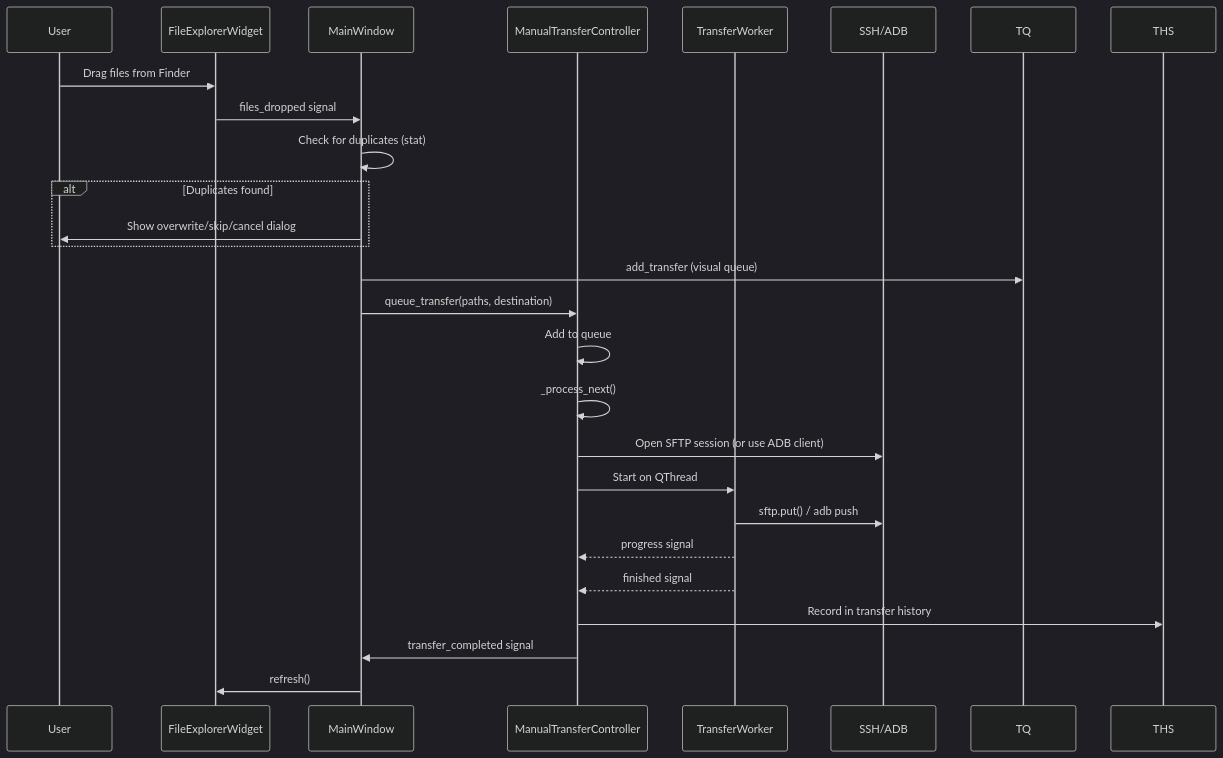
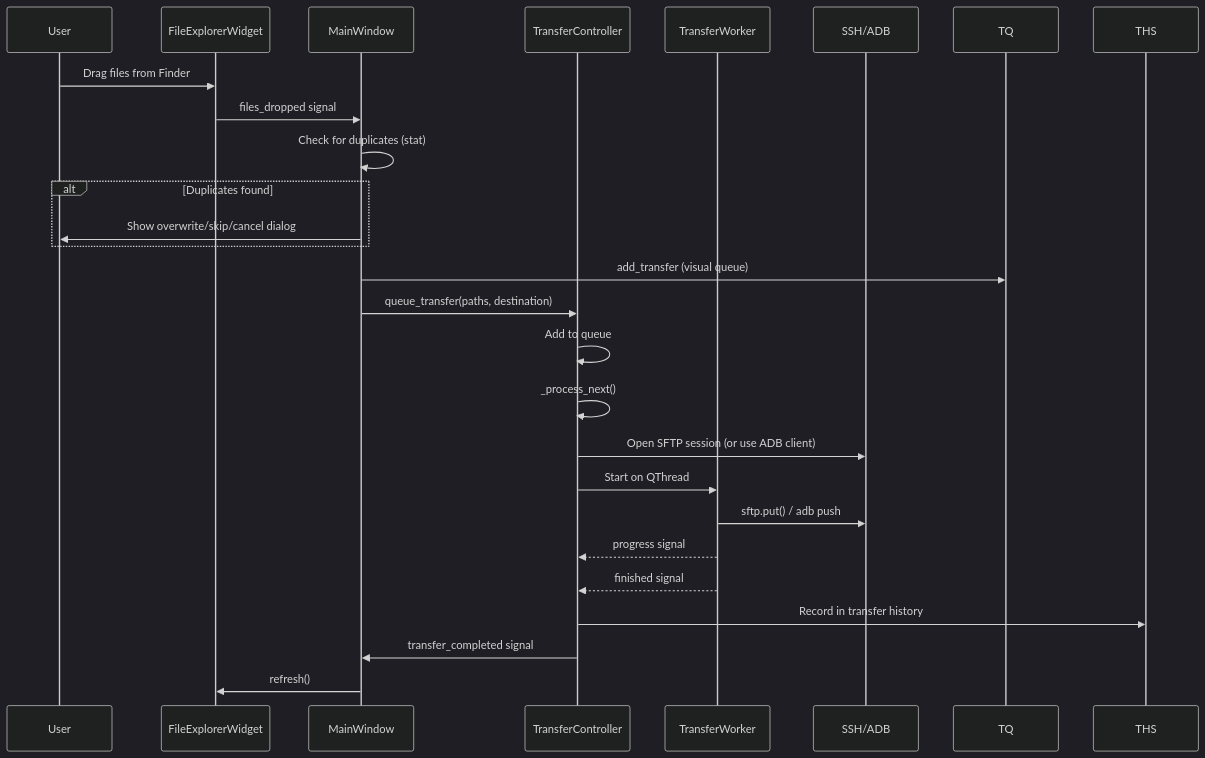
One commit to imlocle/filesling changed the second of 5 diagrams in docs/SYSTEM_DIAGRAM.md. Above: the diagram before and after it, drawn with Mermaid (dark theme). The commit also changed other lines of this file and 21 other files, not shown here.

````diff
--- a/docs/SYSTEM_DIAGRAM.md
+++ b/docs/SYSTEM_DIAGRAM.md
@@ -72,28 +72,28 @@
 ```mermaid
 sequenceDiagram
     participant User
     participant Explorer as FileExplorerWidget
     participant MW as MainWindow
-    participant MTC as ManualTransferController
+    participant MTC as TransferController
     participant TW as TransferWorker
     participant Remote as SSH/ADB
 
     User->>Explorer: Drag files from Finder
     Explorer->>MW: files_dropped signal
     MW->>MW: Check for duplicates (stat)
     alt Duplicates found
         MW->>User: Show overwrite/skip/cancel dialog
     end
     MW->>TQ: add_transfer (visual queue)
     MW->>MTC: queue_transfer(paths, destination)
     MTC->>MTC: Add to queue
     MTC->>MTC: _process_next()
     MTC->>Remote: Open SFTP session (or use ADB client)
     MTC->>TW: Start on QThread
     TW->>Remote: sftp.put() / adb push
     TW-->>MTC: progress signal
     TW-->>MTC: finished signal
     MTC->>THS: Record in transfer history
     MTC->>MW: transfer_completed signal
     MW->>Explorer: refresh()
 ```
````
